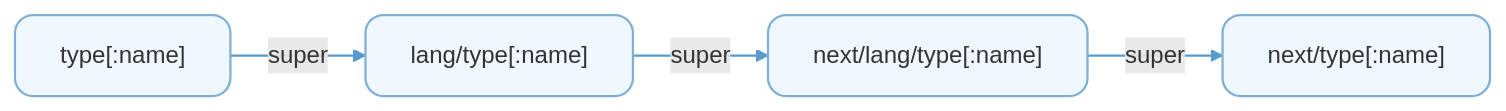
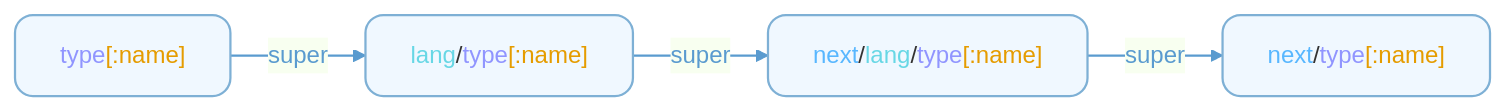
One commit to mkideal/next changed the diagram in docs/en/api.md. Above: the diagram before and after it, drawn with Mermaid. The commit also changed 1 other file, not shown here.

````diff
--- a/docs/en/api.md
+++ b/docs/en/api.md
@@ -266,28 +266,10 @@
 ```mermaid
-%%{init: {
-	'theme': 'base',
-	'themeVariables': {
-		'primaryColor': '#f0f8ff',
-		'primaryBorderColor': '#7eb0d5',
-		'lineColor': '#5a9bcf',
-		'primaryTextColor': '#333333'
-	},
-	'flowchart': {
-		'htmlLabels': true
-	},
-	'css': '
-		.type { color: #9095FF; }
-		.name { color: #E59C00; }
-		.lang { color: #67D7E5; }
-		.next { color: #58B7FF; }
-		.super { color: #5a9bcf; }
-	'
-}}%%
+%%{init: {'theme': 'base', 'themeVariables': { 'primaryColor': '#f0f8ff', 'primaryBorderColor': '#7eb0d5', 'lineColor': '#5a9bcf', 'primaryTextColor': '#333333' }}}%%
 flowchart LR
-	A["<span class='type'>type</span><span class='name'>[:name]</span>"] --> |<span class='super'>super</span>| B["<span class='lang'>lang</span>/<span class='type'>type</span><span class='name'>[:name]</span>"]
-	B --> |<span class='super'>super</span>| C["<span class='next'>next</span>/<span class='lang'>lang</span>/<span class='type'>type</span><span class='name'>[:name]</span>"]
-	C --> |<span class='super'>super</span>| D["<span class='next'>next</span>/<span class='type'>type</span><span class='name'>[:name]</span>"]
+A["<span style='color:#9095FF'>type</span><span style='color:#E59C00'>[:name]</span>"] --> |<span style='color:#5a9bcf'>super</span>| B["<span style='color:#67D7E5'>lang</span>/<span style='color:#9095FF'>type</span><span style='color:#E59C00'>[:name]</span>"]
+B --> |<span style='color:#5a9bcf'>super</span>| C["<span style='color:#58B7FF'>next</span>/<span style='color:#67D7E5'>lang</span>/<span style='color:#9095FF'>type</span><span style='color:#E59C00'>[:name]</span>"]
+C --> |<span style='color:#5a9bcf'>super</span>| D["<span style='color:#58B7FF'>next</span>/<span style='color:#9095FF'>type</span><span style='color:#E59C00'>[:name]</span>"]
 
-	classDef default fill:#f0f8ff,stroke:#7eb0d5,stroke-width:1.5px,rx:12,ry:12;
-	linkStyle default stroke:#5a9bcf,stroke-width:1.5px;
+classDef default fill:#f0f8ff,stroke:#7eb0d5,stroke-width:1.5px,rx:12,ry:12;
+linkStyle default stroke:#5a9bcf,stroke-width:1.5px;
 ```
````
